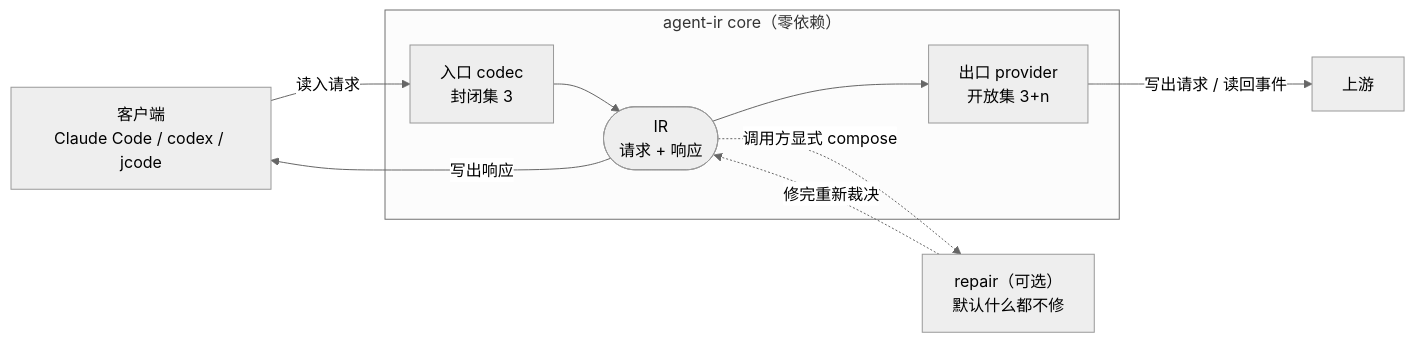
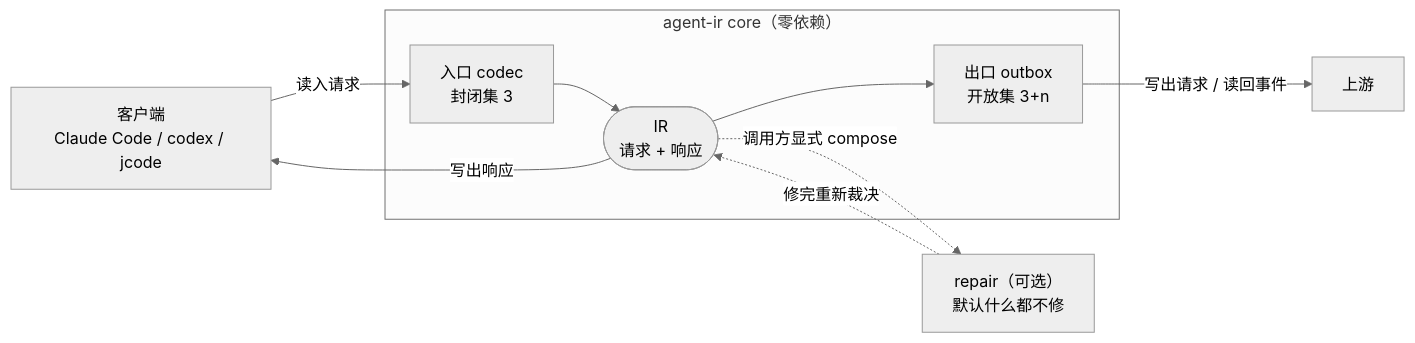
One commit to junknet/agent-ir changed the first of 5 diagrams in docs/ARCHITECTURE.md. Above: the diagram before and after it, drawn with Mermaid (neutral theme). The commit also changed other lines of this file and 76 other files, not shown here.

````diff
--- a/docs/ARCHITECTURE.md
+++ b/docs/ARCHITECTURE.md
@@ -18,19 +18,19 @@
 ```mermaid
 flowchart LR
   C["客户端<br/>Claude Code / codex / jcode"]
   subgraph CORE["agent-ir core（零依赖）"]
     IN["入口 codec<br/>封闭集 3"]
     IR(["IR<br/>请求 + 响应"])
-    OUT["出口 provider<br/>开放集 3+n"]
+    OUT["出口 outbox<br/>开放集 3+n"]
   end
   RP["repair（可选）<br/>默认什么都不修"]
   U["上游"]
 
   C -- "读入请求" --> IN
   IN --> IR
   IR -. "调用方显式 compose" .-> RP
   RP -. "修完重新裁决" .-> IR
   IR --> OUT
   OUT -- "写出请求 / 读回事件" --> U
   IR -- "写出响应" --> C
 ```
````
